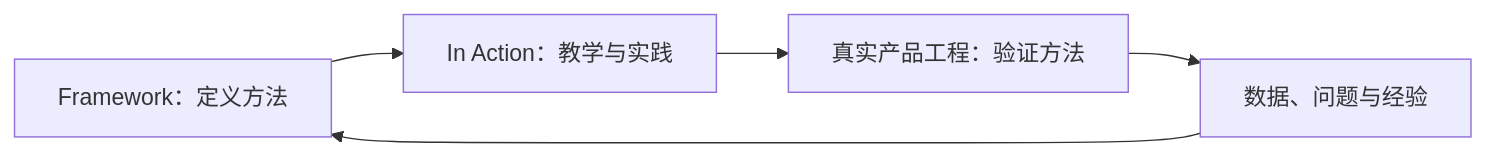
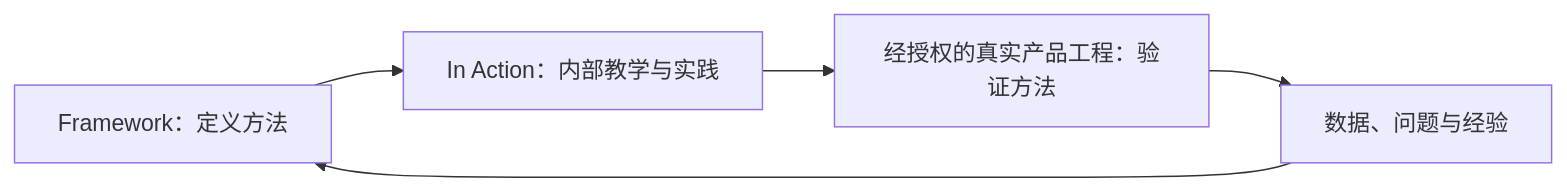
Before and after one commit to zhidao-studio/ai-product-engineering-framework: the second of 2 diagrams in README.md, drawn with Mermaid. The commit also changed other lines of this file, not shown here.

````diff
--- a/README.md
+++ b/README.md
@@ -161,7 +166,7 @@
 ```mermaid
 flowchart LR
-    F[Framework：定义方法] --> T[In Action：教学与实践]
-    T --> P[真实产品工程：验证方法]
+    F[Framework：定义方法] --> T[In Action：内部教学与实践]
+    T --> P[经授权的真实产品工程：验证方法]
     P --> R[数据、问题与经验]
     R --> F
 ```
````
